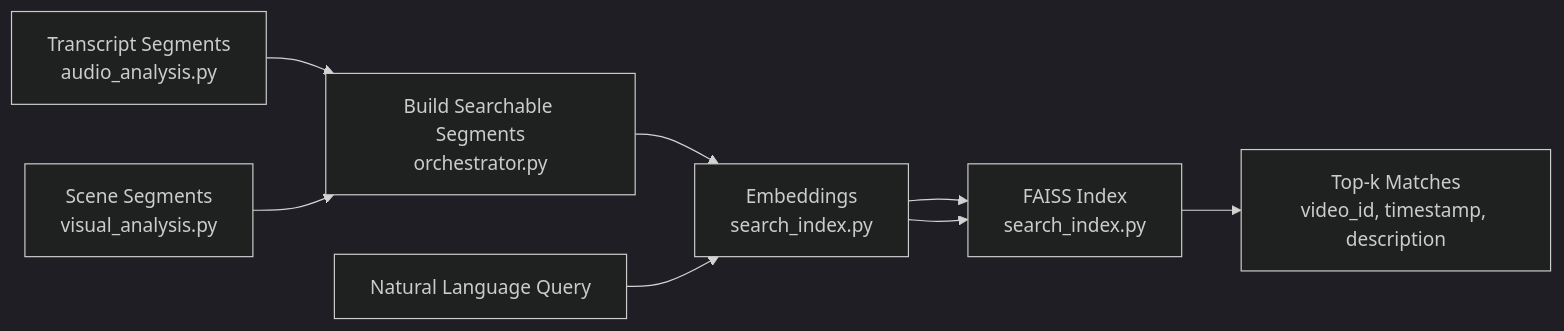
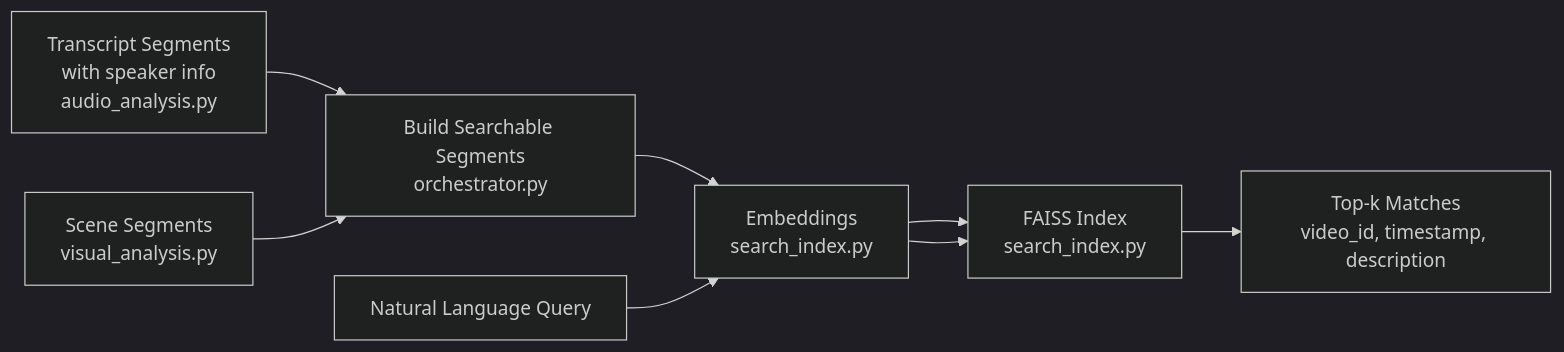
Before and after one commit to alexandreybasta-cyber/dubai-media-ai: the third of 5 diagrams in .qoder/repowiki/en/content/Media Processing Pipeline/Audio Analysis Stage.md, drawn with Mermaid (dark theme). The commit also changed other lines of this file and 20 other files, not shown here.

````diff
--- a/.qoder/repowiki/en/content/Media Processing Pipeline/Audio Analysis Stage.md
+++ b/.qoder/repowiki/en/content/Media Processing Pipeline/Audio Analysis Stage.md
@@ -224,10 +278,10 @@
 ```mermaid
 graph LR
-TA["Transcript Segments<br/>audio_analysis.py"] --> Build["Build Searchable Segments<br/>orchestrator.py"]
+TA["Transcript Segments<br/>with speaker info<br/>audio_analysis.py"] --> Build["Build Searchable Segments<br/>orchestrator.py"]
 VA["Scene Segments<br/>visual_analysis.py"] --> Build
 Build --> Embed["Embeddings<br/>search_index.py"]
 Embed --> FAISS["FAISS Index<br/>search_index.py"]
 Query["Natural Language Query"] --> Embed
 Embed --> FAISS
 FAISS --> Results["Top-k Matches<br/>video_id, timestamp, description"]
 ```
````
